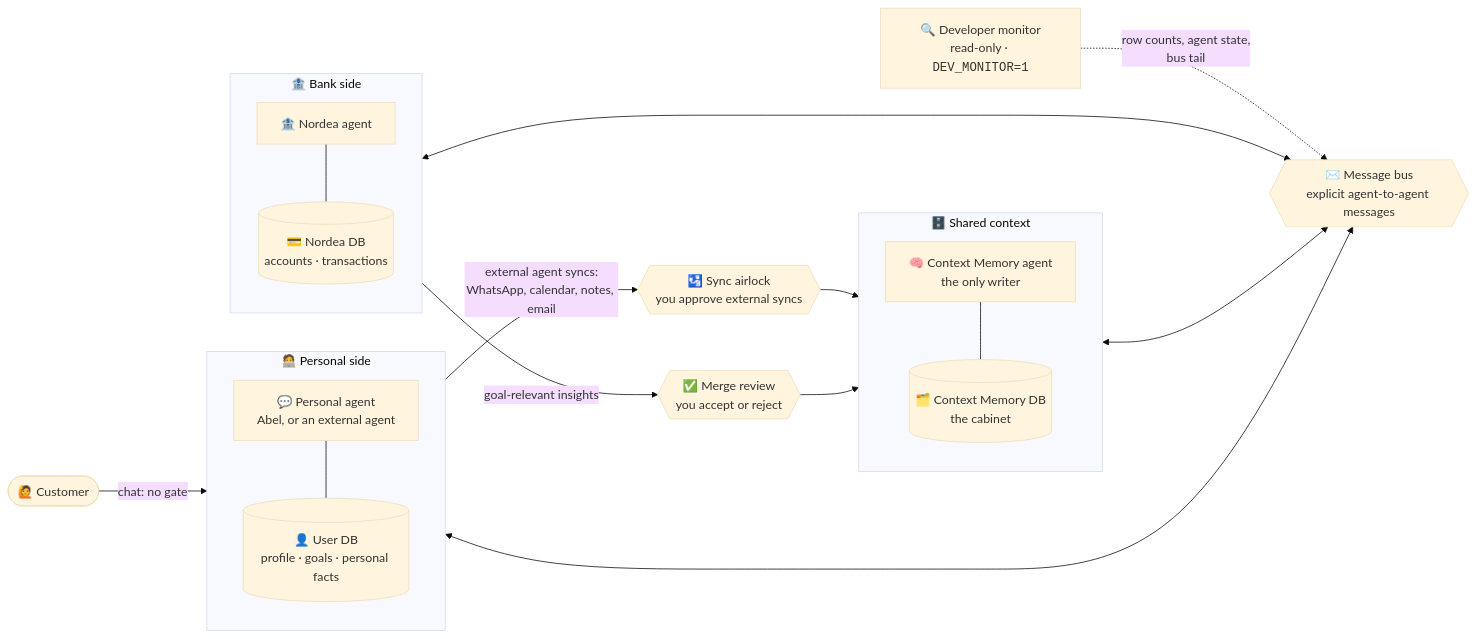
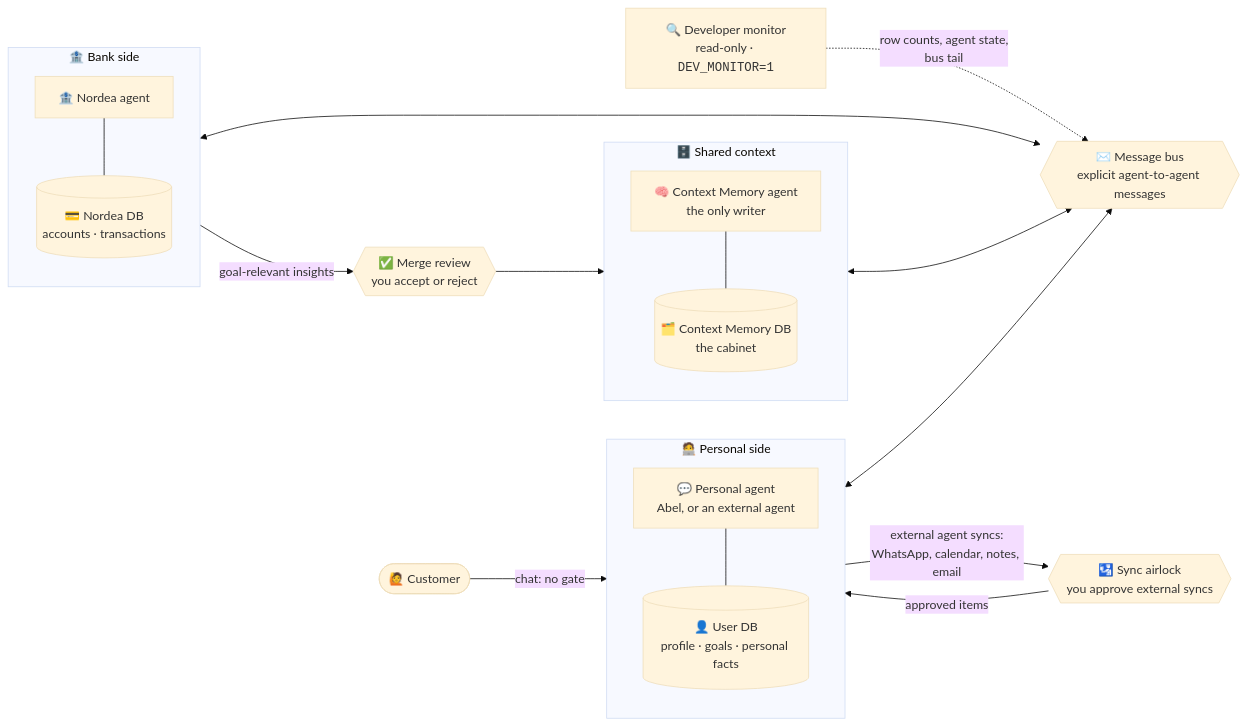
The second of 2 diagrams in README.md (coolkowkank/Nordea-x-Aalto-Banking-), drawn with Mermaid (base theme) before and after one commit. The commit also changed other lines of this file and 1 other file, not shown here.

First line of the commit message:
Fix airlock edge in graphical abstract, confirm merge review, monitor and npm install

````diff
--- a/README.md
+++ b/README.md
@@ -290,38 +290,38 @@
 ```mermaid
 flowchart LR
     YOU(["🙋 Customer"])
 
     subgraph PA["🧑‍💻 Personal side"]
         direction TB
         PAG["💬 Personal agent<br/>Abel, or an external agent"]
         UDB[("👤 User DB<br/>profile · goals · personal facts")]
         PAG --- UDB
     end
 
     subgraph CM["🗄️ Shared context"]
         direction TB
         CMA["🧠 Context Memory agent<br/>the only writer"]
         CDB[("🗂️ Context Memory DB<br/>the cabinet")]
         CMA --- CDB
     end
 
     subgraph ND["🏦 Bank side"]
         direction TB
         NA["🏦 Nordea agent"]
         NDB[("💳 Nordea DB<br/>accounts · transactions")]
         NA --- NDB
     end
 
     BUS{{"✉️ Message bus<br/>explicit agent-to-agent messages"}}
     AIR{{"🛂 Sync airlock<br/>you approve external syncs"}}
     REV{{"✅ Merge review<br/>you accept or reject"}}
     MON["🔍 Developer monitor<br/>read-only · <code>DEV_MONITOR=1</code>"]
 
     YOU -->|"chat: no gate"| PAG
-    PAG -->|"external agent syncs:<br/>WhatsApp, calendar, notes, email"| AIR --> CMA
+    PAG -->|"external agent syncs:<br/>WhatsApp, calendar, notes, email"| AIR -->|"approved items"| UDB
     NA -->|"goal-relevant insights"| REV --> CMA
     PAG <--> BUS
     CMA <--> BUS
     NA <--> BUS
     MON -. "row counts, agent state,<br/>bus tail" .-> BUS
 ```
````
